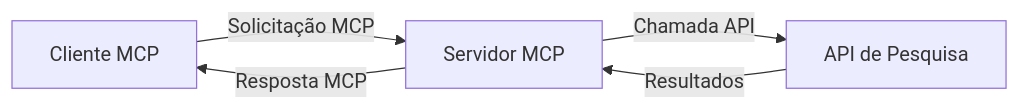
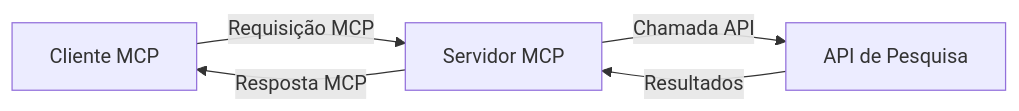
The second of 4 diagrams in translations/pt-BR/05-AdvancedTopics/mcp-realtimesearch/README.md (microsoft/mcp-for-beginners), drawn with Mermaid before and after one commit. The commit also changed other lines of this file and 129 other files, not shown here.

````diff
--- a/translations/pt-BR/05-AdvancedTopics/mcp-realtimesearch/README.md
+++ b/translations/pt-BR/05-AdvancedTopics/mcp-realtimesearch/README.md
@@ -598,7 +600,7 @@
 ```mermaid
 graph LR
-    Client[Cliente MCP] --> |Solicitação MCP| Server[Servidor MCP]
+    Client[Cliente MCP] --> |Requisição MCP| Server[Servidor MCP]
     Server --> |Chamada API| SearchAPI[API de Pesquisa]
     SearchAPI --> |Resultados| Server
     Server --> |Resposta MCP| Client
 ```
````
